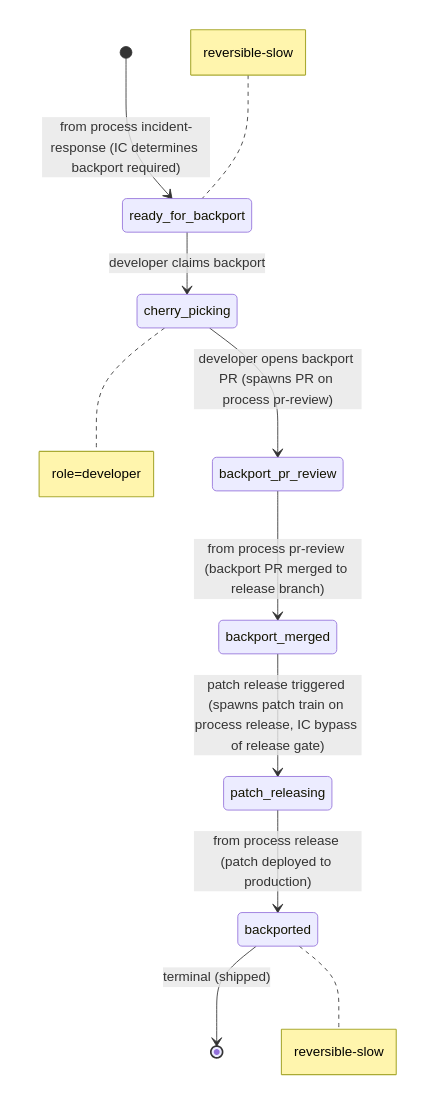
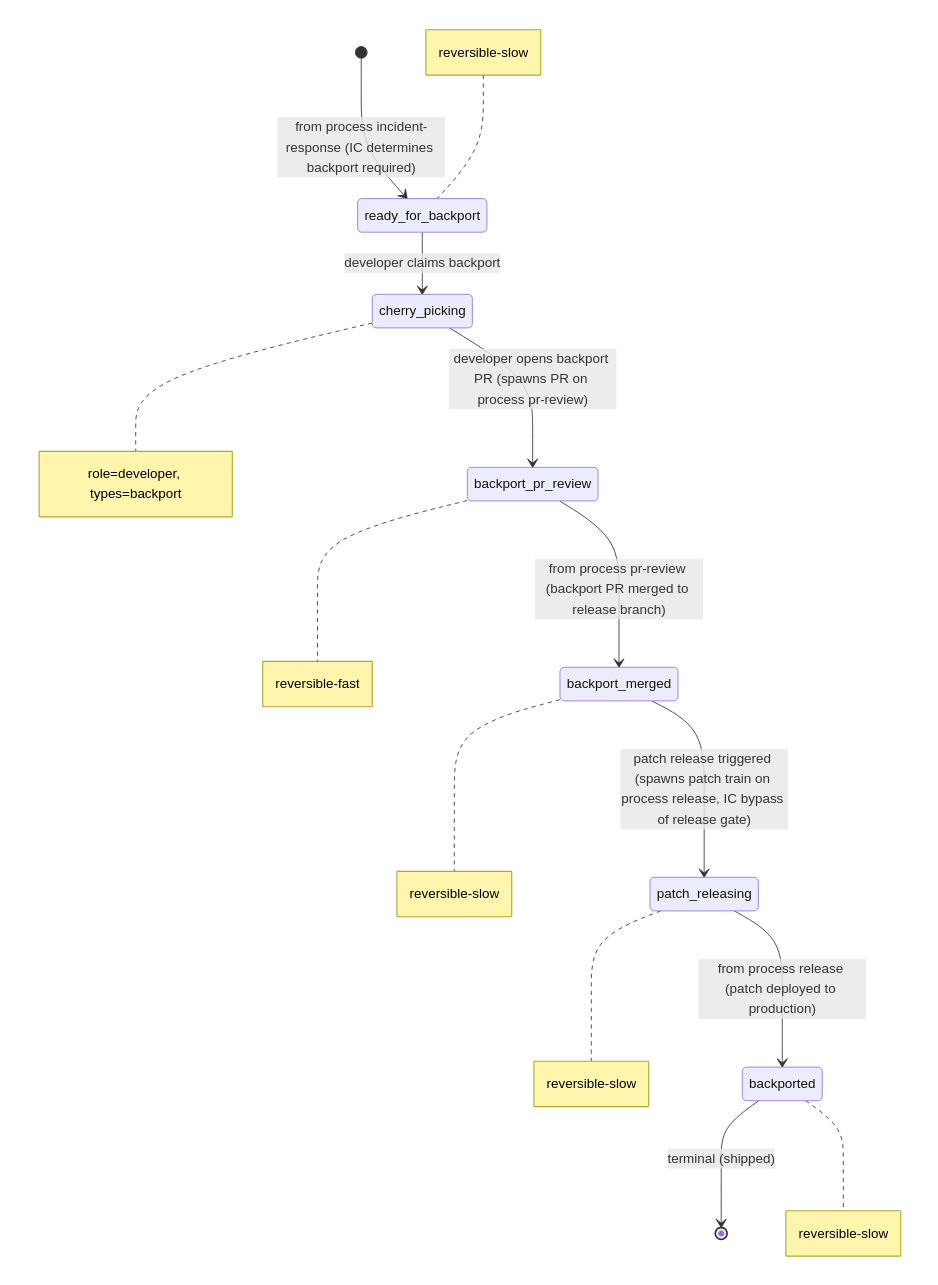
One commit to blemees/blemees-workflow changed the diagram in examples/workflows/backport.md. Above: the diagram before and after it, drawn with Mermaid. The commit also changed other lines of this file and 41 other files, not shown here.

````diff
--- a/examples/workflows/backport.md
+++ b/examples/workflows/backport.md
@@ -7,18 +11,21 @@
 ```mermaid
 stateDiagram-v2
     %% Cross-process interfaces:
     %%   Entry (spawn ): ready_for_backport from process incident-response
     %%
 
     [*] --> ready_for_backport: from process incident-response (IC determines backport required)
     ready_for_backport --> cherry_picking: developer claims backport
     cherry_picking --> backport_pr_review: developer opens backport PR (spawns PR on process pr-review)
     backport_pr_review --> backport_merged: from process pr-review (backport PR merged to release branch)
     backport_merged --> patch_releasing: patch release triggered (spawns patch train on process release, IC bypass of release gate)
     patch_releasing --> backported: from process release (patch deployed to production)
     backported --> [*]: terminal (shipped)
 
     note left of ready_for_backport: reversible-slow
-    note right of cherry_picking: role=developer
+    note right of cherry_picking: role=developer, types=backport
+    note right of backport_pr_review: reversible-fast
+    note right of backport_merged: reversible-slow
+    note right of patch_releasing: reversible-slow
     note right of backported: reversible-slow
 ```
````
